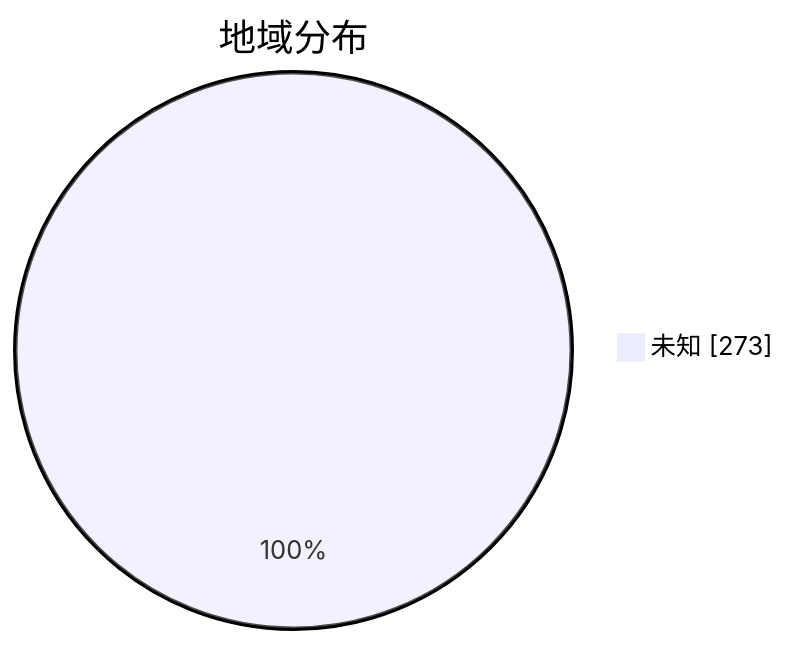
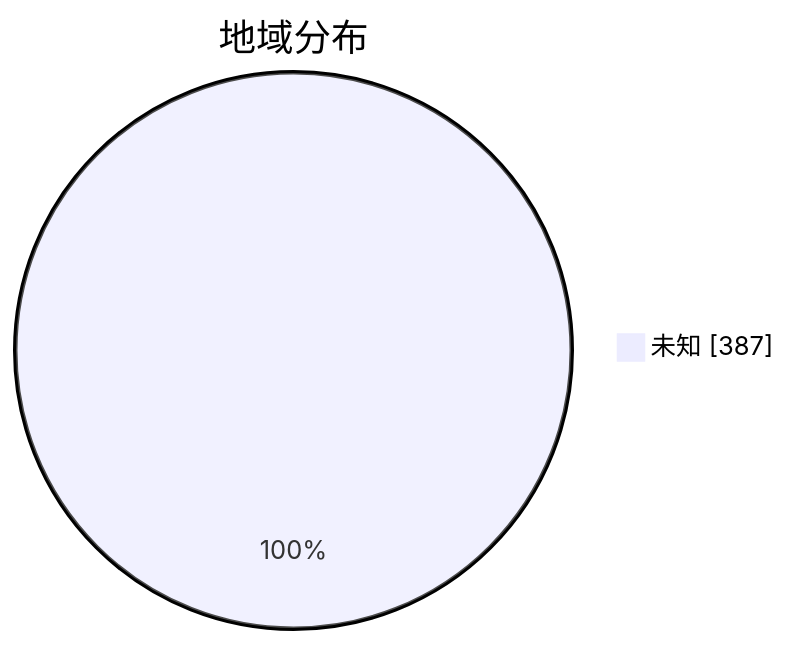
The second of 3 diagrams in subs/statistics/tested_within.md (qjlxg/airport), drawn with Mermaid before and after one commit. The commit also changed other lines of this file and 2 other files, not shown here.

````diff
--- a/subs/statistics/tested_within.md
+++ b/subs/statistics/tested_within.md
@@ -12,5 +14,5 @@
 ```mermaid
 pie showData
 title 地域分布
-"未知" : 273
+"未知" : 387
 ```
````
